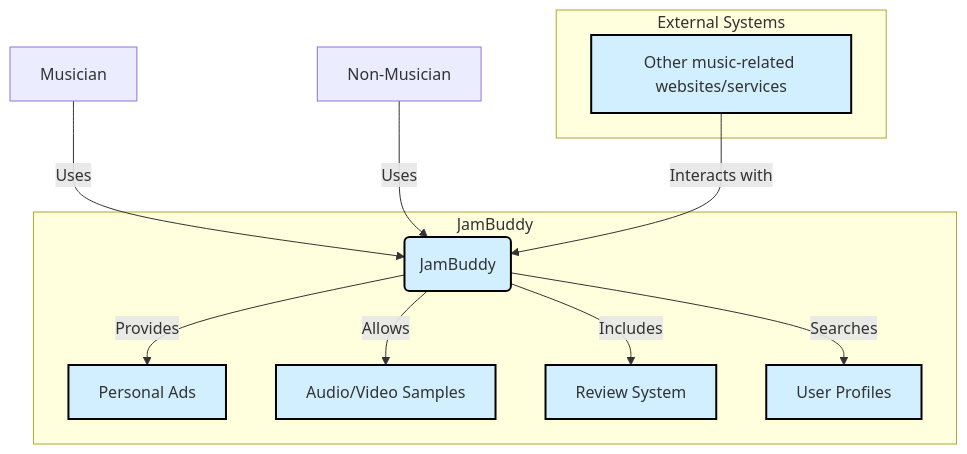
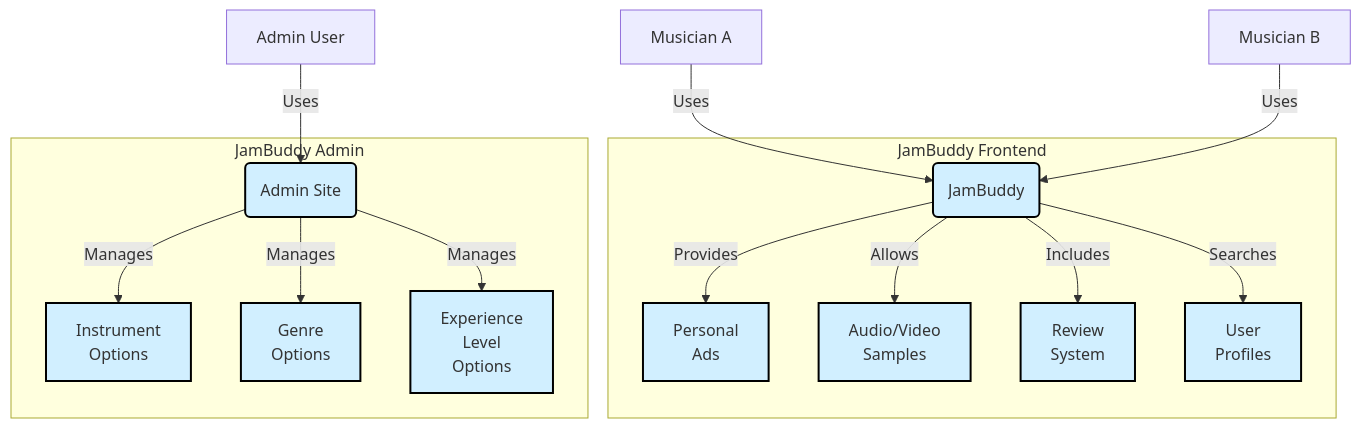
One commit to dba-team-w23/jambuddy changed the first of 4 diagrams in system-design/FinalDesignDiagrams.md. Above: the diagram before and after it, drawn with Mermaid. The commit also changed other lines of this file, not shown here.

Commit message:
DOC: cleanup diagrams

````diff
--- a/system-design/FinalDesignDiagrams.md
+++ b/system-design/FinalDesignDiagrams.md
@@ -5,22 +5,29 @@
 ```mermaid
 graph TD
-  A[Musician] -->|Uses| B[JamBuddy]
-  C[Non-Musician] -->|Uses| B[JamBuddy]
+  A[Musician A] -->|Uses| B[JamBuddy]
+  C[Musician B] -->|Uses| B[JamBuddy]
+  J[Admin User] -->|Uses| H[JamBuddy]
 
-  subgraph "JamBuddy"
+  subgraph "JamBuddy Frontend"
     style B fill:#D1EFFF,stroke:#000000,stroke-width:2px;
-    B(JamBuddy) -->|Provides| D[Personal Ads]
+    B(JamBuddy) -->|Provides| D[Personal <br/>Ads]
     style D fill:#D1EFFF,stroke:#000000,stroke-width:2px;
-    B -->|Allows| E[Audio/Video Samples]
+    B -->|Allows| E[Audio/Video <br/>Samples]
     style E fill:#D1EFFF,stroke:#000000,stroke-width:2px;
-    B -->|Includes| F[Review System]
+    B -->|Includes| F[Review<br/> System]
     style F fill:#D1EFFF,stroke:#000000,stroke-width:2px;
-    B -->|Searches| G[User Profiles]
+    B -->|Searches| G[User <br/>Profiles]
     style G fill:#D1EFFF,stroke:#000000,stroke-width:2px;
   end
 
-  subgraph "External Systems"
+  subgraph "JamBuddy Admin"
     style H fill:#D1EFFF,stroke:#000000,stroke-width:2px;
-    H[Other music-related websites/services] -->|Interacts with| B
+    H(Admin Site) -->|Manages| I[Instrument <br/>Options]
+    style I fill:#D1EFFF,stroke:#000000,stroke-width:2px;
+    H(Admin Site) -->|Manages| K[Genre <br/>Options]
+    style K fill:#D1EFFF,stroke:#000000,stroke-width:2px;
+    H(Admin Site) -->|Manages| L[Experience <br/>Level <br/>Options]
+    style L fill:#D1EFFF,stroke:#000000,stroke-width:2px;
   end
+
   ```
````
